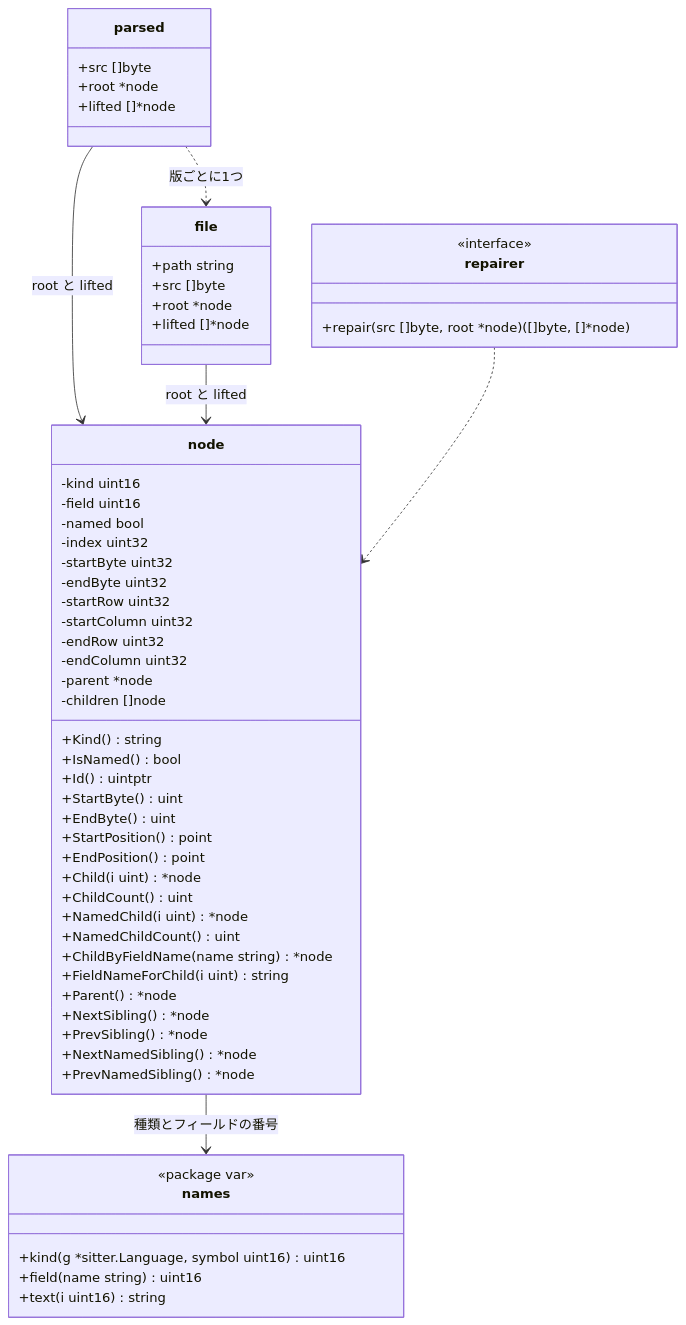
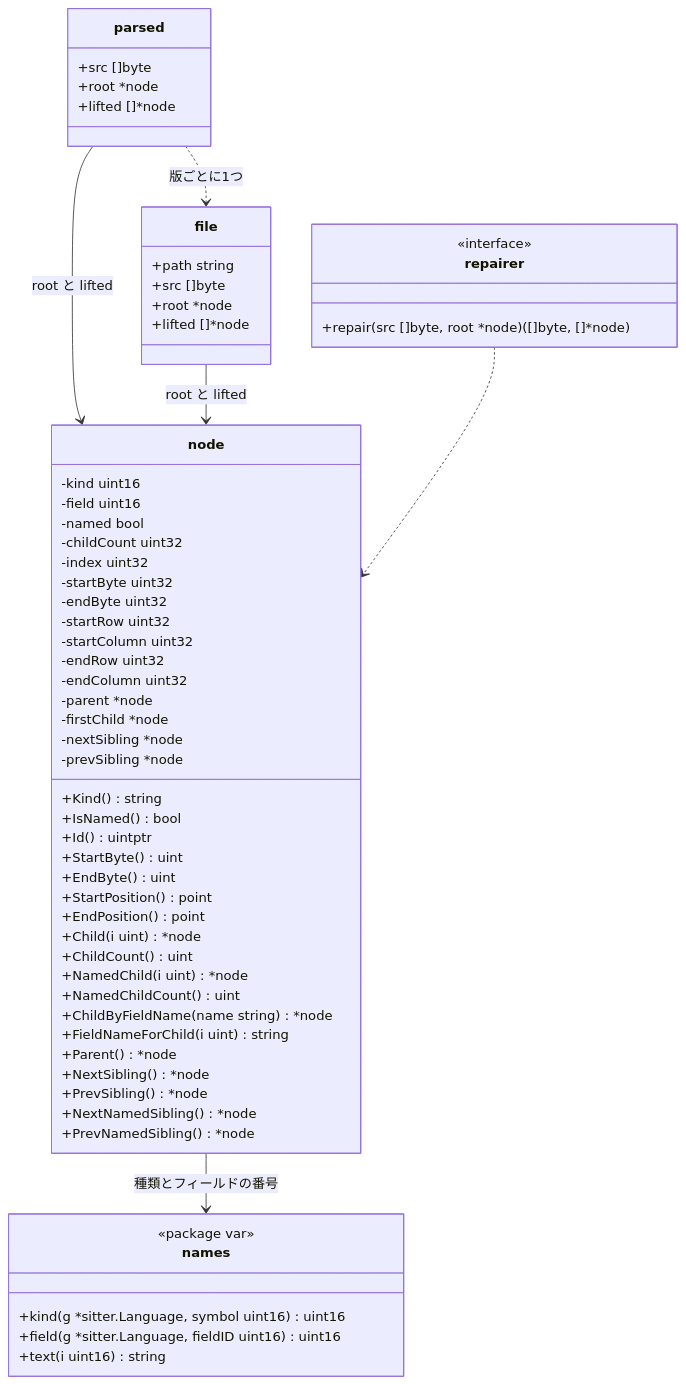
The second of 2 diagrams in docs/design/adapters-treesitter.ja.md (rerorets/hadome), drawn with Mermaid before and after one commit. The commit also changed other lines of this file and 1 other file, not shown here.

Commit message:
The tree-sitter copy walks each tree once with a cursor and links nodes to their parent, first child and siblings, and readers walk only the copy without calling any C API

````diff
--- a/docs/design/adapters-treesitter.ja.md
+++ b/docs/design/adapters-treesitter.ja.md
@@ -69,61 +69,64 @@
 ```mermaid
 classDiagram
   class parsed {
     +src []byte
     +root *node
     +lifted []*node
   }
   class file {
     +path string
     +src []byte
     +root *node
     +lifted []*node
   }
   class node {
     -kind uint16
     -field uint16
     -named bool
+    -childCount uint32
     -index uint32
     -startByte uint32
     -endByte uint32
     -startRow uint32
     -startColumn uint32
     -endRow uint32
     -endColumn uint32
     -parent *node
-    -children []node
+    -firstChild *node
+    -nextSibling *node
+    -prevSibling *node
     +Kind() string
     +IsNamed() bool
     +Id() uintptr
     +StartByte() uint
     +EndByte() uint
     +StartPosition() point
     +EndPosition() point
     +Child(i uint) *node
     +ChildCount() uint
     +NamedChild(i uint) *node
     +NamedChildCount() uint
     +ChildByFieldName(name string) *node
     +FieldNameForChild(i uint) string
     +Parent() *node
     +NextSibling() *node
     +PrevSibling() *node
     +NextNamedSibling() *node
     +PrevNamedSibling() *node
   }
   class names {
     <<package var>>
     +kind(g *sitter.Language, symbol uint16) uint16
-    +field(name string) uint16
+    +field(g *sitter.Language, fieldID uint16) uint16
     +text(i uint16) string
   }
   class repairer {
     <<interface>>
     +repair(src []byte, root *node) ([]byte, []*node)
   }
   parsed --> node : root と lifted
   parsed ..> file : 版ごとに1つ
   file --> node : root と lifted
   node --> names : 種類とフィールドの番号
   repairer ..> node
 ```
````
